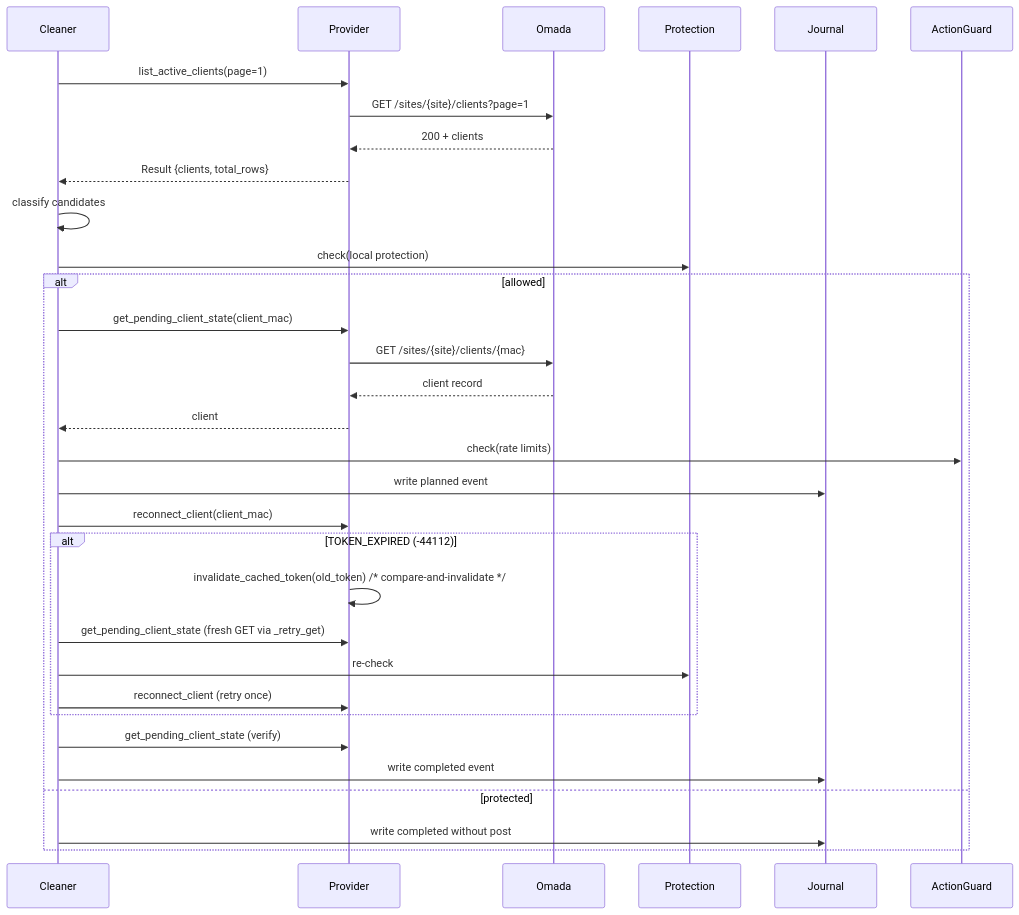
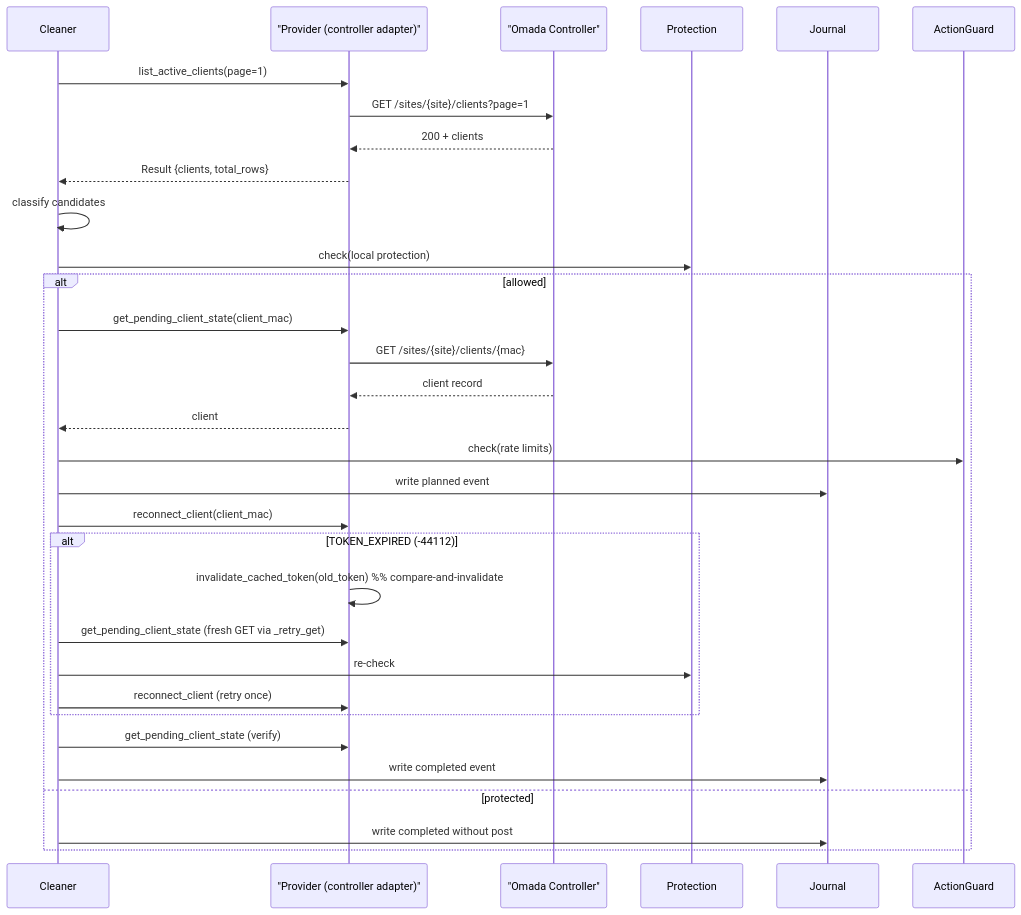
Before and after one commit to ZaurNavi/CaptivePortal: the second of 3 diagrams in README.md, drawn with Mermaid. The commit also changed other lines of this file, not shown here.

````diff
--- a/README.md
+++ b/README.md
@@ -160,35 +163,35 @@
 ```mermaid
 sequenceDiagram
   participant Cleaner
-  participant Provider
-  participant Omada
+  participant Provider as "Provider (controller adapter)"
+  participant Omada as "Omada Controller"
   participant Protection
   participant Journal
   participant ActionGuard
 
   Cleaner->>Provider: list_active_clients(page=1)
   Provider->>Omada: GET /sites/{site}/clients?page=1
   Omada-->>Provider: 200 + clients
   Provider-->>Cleaner: Result {clients, total_rows}
   Cleaner->>Cleaner: classify candidates
   Cleaner->>Protection: check(local protection)
   alt allowed
     Cleaner->>Provider: get_pending_client_state(client_mac)
     Provider->>Omada: GET /sites/{site}/clients/{mac}
     Omada-->>Provider: client record
     Provider-->>Cleaner: client
     Cleaner->>ActionGuard: check(rate limits)
     Cleaner->>Journal: write planned event
     Cleaner->>Provider: reconnect_client(client_mac)
     alt TOKEN_EXPIRED (-44112)
-      Provider->>Provider: invalidate_cached_token(old_token)  /* compare-and-invalidate */
+      Provider->>Provider: invalidate_cached_token(old_token)  %% compare-and-invalidate
       Cleaner->>Provider: get_pending_client_state (fresh GET via _retry_get)
       Cleaner->>Protection: re-check
       Cleaner->>Provider: reconnect_client (retry once)
     end
     Cleaner->>Provider: get_pending_client_state (verify)
     Cleaner->>Journal: write completed event
   else protected
     Cleaner->>Journal: write completed without post
   end
 ```
````
